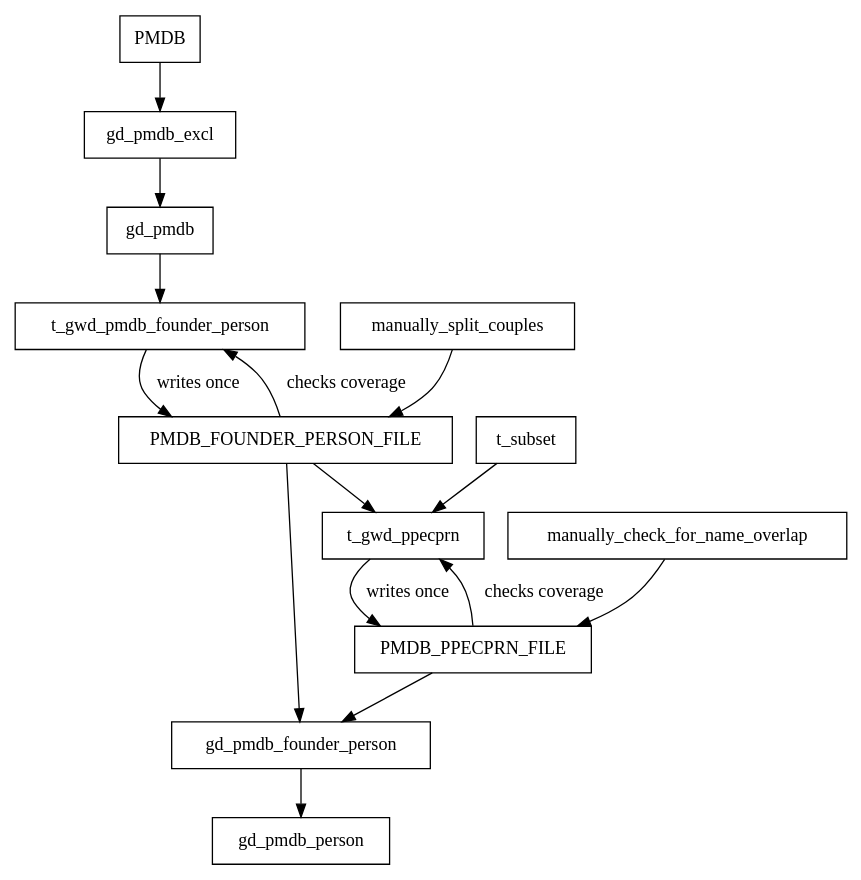
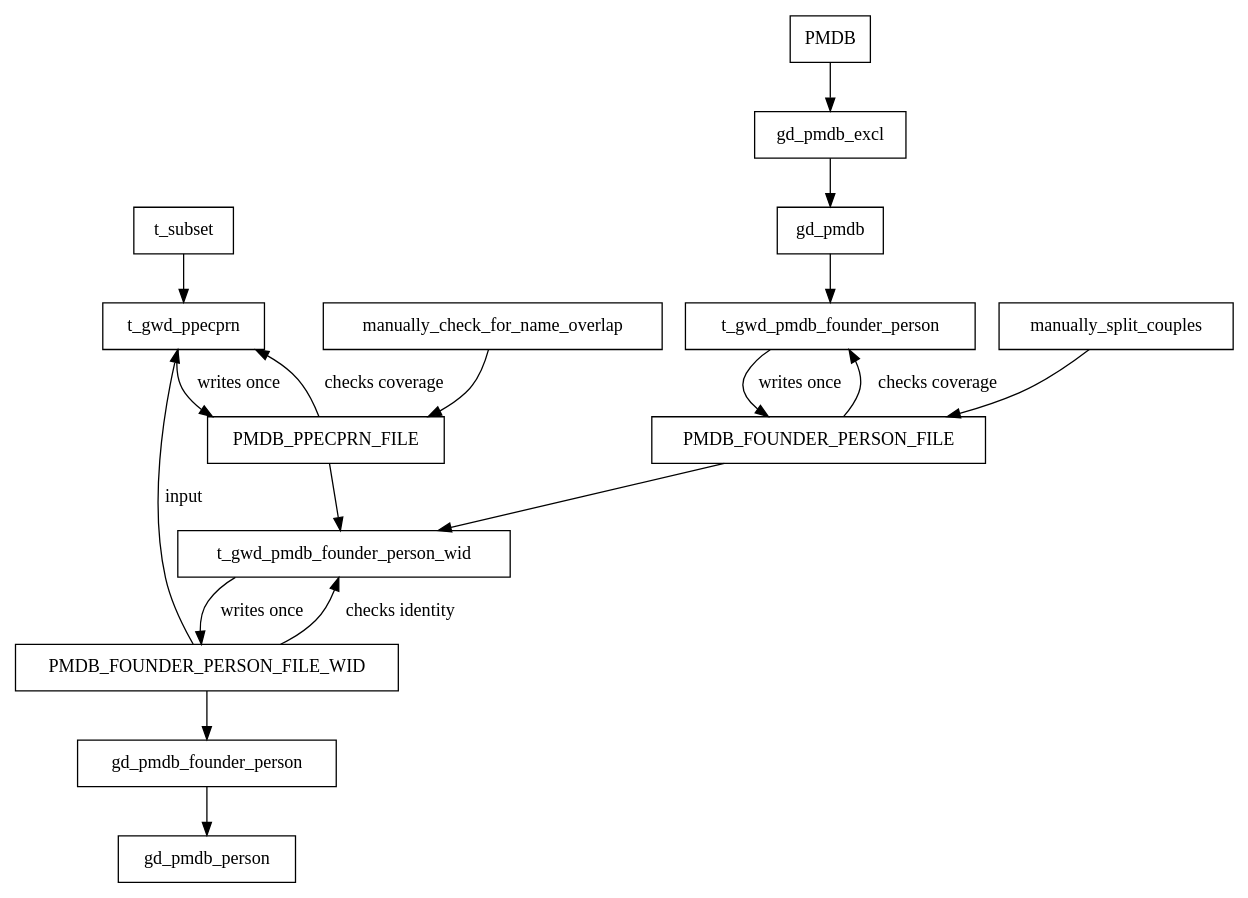
Before and after one commit to swhalemwo/pmdata: the first of 3 diagrams in doc/doc_pmdata.org, drawn with Graphviz. The commit also changed 5 other files, not shown here.

First line of the commit message:
rewrite flow to also write pmdb_person_id to file (pmdb_founder_person_wid.csv)

```diff
--- a/doc/doc_pmdata.org
+++ b/doc/doc_pmdata.org
@@ -5,35 +5,42 @@
 #+begin_src dot :file pmdb_flow.png
 digraph D {
   node[shape = "record"]
   PMDB -> gd_pmdb_excl
   gd_pmdb_excl -> gd_pmdb
 
 
 
   gd_pmdb -> t_gwd_pmdb_founder_person
   PMDB_FOUNDER_PERSON_FILE -> t_gwd_pmdb_founder_person[label="checks coverage"]
   t_gwd_pmdb_founder_person -> PMDB_FOUNDER_PERSON_FILE[label="writes once"]
 
   manually_split_couples -> PMDB_FOUNDER_PERSON_FILE
   manually_check_for_name_overlap -> PMDB_PPECPRN_FILE
 
-  PMDB_PPECPRN_FILE -> gd_pmdb_founder_person
-  PMDB_FOUNDER_PERSON_FILE -> gd_pmdb_founder_person
+  // PMDB_PPECPRN_FILE -> gd_pmdb_founder_person
+  // PMDB_FOUNDER_PERSON_FILE -> gd_pmdb_founder_person
   
-  PMDB_FOUNDER_PERSON_FILE -> t_gwd_ppecprn
+  // PMDB_FOUNDER_PERSON_FILE -> t_gwd_ppecprn
 
   // PMDB_PPECPRN_FILE -> t_gwd_pmdb_ppecprn[label="checks coverage", force=0]
   // for some reason need dir back here to get proper order..
   t_subset -> t_gwd_ppecprn
   t_gwd_ppecprn -> PMDB_PPECPRN_FILE[label="writes once"]
   t_gwd_ppecprn -> PMDB_PPECPRN_FILE[dir = "back", label="checks coverage"]
   
 
   gd_pmdb_founder_person -> gd_pmdb_person
-  
 
+  PMDB_PPECPRN_FILE -> t_gwd_pmdb_founder_person_wid
 
+  PMDB_FOUNDER_PERSON_FILE -> t_gwd_pmdb_founder_person_wid
+  t_gwd_pmdb_founder_person_wid -> PMDB_FOUNDER_PERSON_FILE_WID[label="writes once"]
+  PMDB_FOUNDER_PERSON_FILE_WID -> t_gwd_pmdb_founder_person_wid[label="checks identity"]
+
+  PMDB_FOUNDER_PERSON_FILE_WID -> gd_pmdb_founder_person
+
+  t_gwd_ppecprn -> PMDB_FOUNDER_PERSON_FILE_WID[dir=back,label="input"]
 
 
 }
 #+end_src
```
